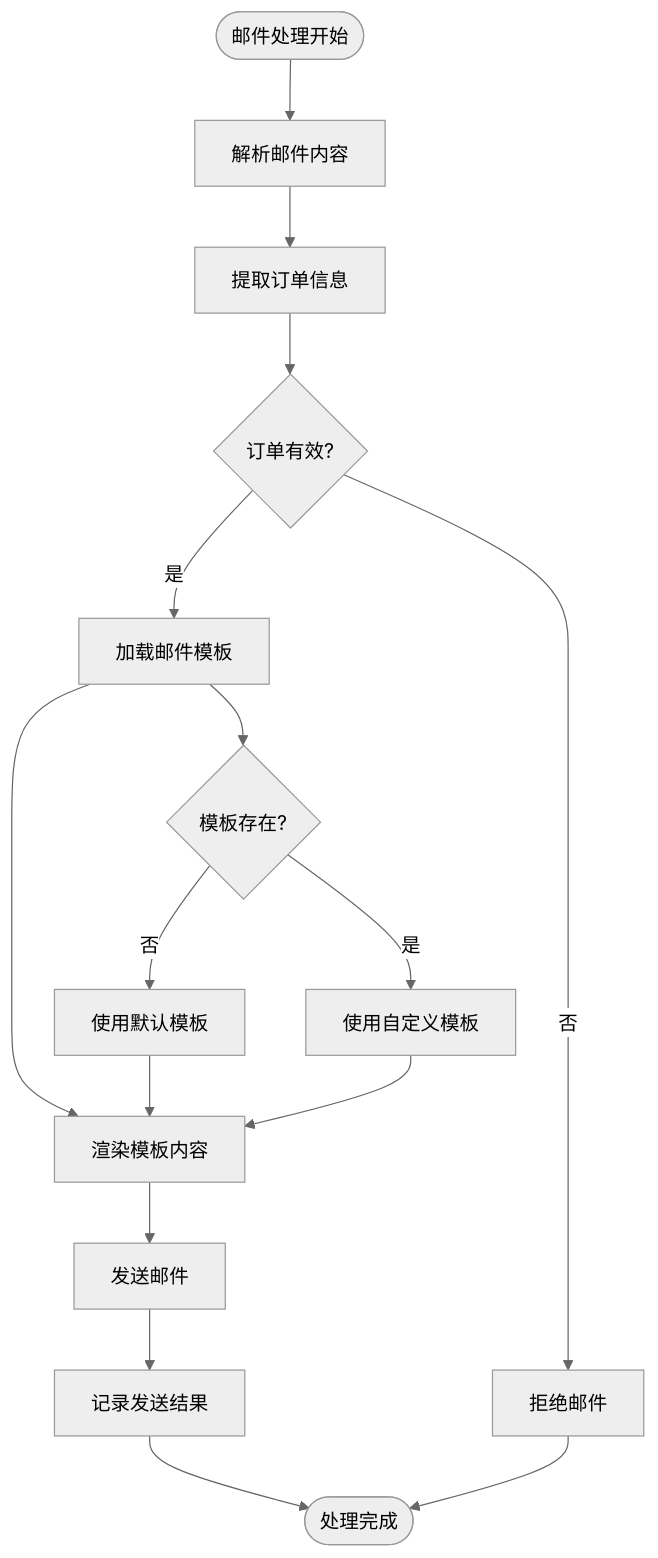
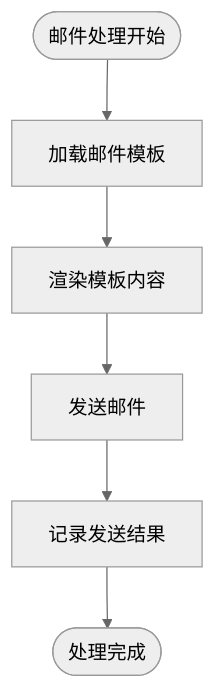
One commit to SY6621/POD-Order-Management changed the fifth of 8 diagrams in .qoder/repowiki/zh/content/开发指南/邮件模板管理系统.md. Above: the diagram before and after it, drawn with Mermaid (neutral theme). The commit also changed other lines of this file and 7 other files, not shown here.

````diff
--- a/.qoder/repowiki/zh/content/开发指南/邮件模板管理系统.md
+++ b/.qoder/repowiki/zh/content/开发指南/邮件模板管理系统.md
@@ -276,18 +202,8 @@
 ```mermaid
 flowchart TD
-Start([邮件处理开始]) --> ParseEmail["解析邮件内容"]
-ParseEmail --> ExtractOrder["提取订单信息"]
-ExtractOrder --> ValidateOrder{"订单有效?"}
-ValidateOrder --> |否| RejectEmail["拒绝邮件"]
-ValidateOrder --> |是| LoadTemplate["加载邮件模板"]
+Start([邮件处理开始]) --> LoadTemplate["加载邮件模板"]
 LoadTemplate --> RenderTemplate["渲染模板内容"]
 RenderTemplate --> SendEmail["发送邮件"]
 SendEmail --> LogResult["记录发送结果"]
 LogResult --> End([处理完成])
-RejectEmail --> End
-LoadTemplate --> TemplateNotFound{"模板存在?"}
-TemplateNotFound --> |否| UseDefault["使用默认模板"]
-TemplateNotFound --> |是| UseCustom["使用自定义模板"]
-UseDefault --> RenderTemplate
-UseCustom --> RenderTemplate
 ```
````
